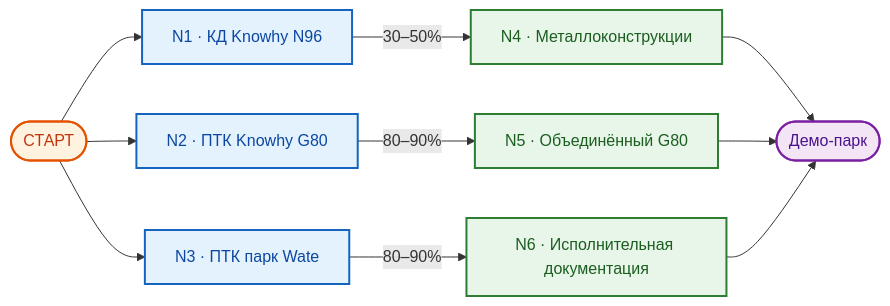
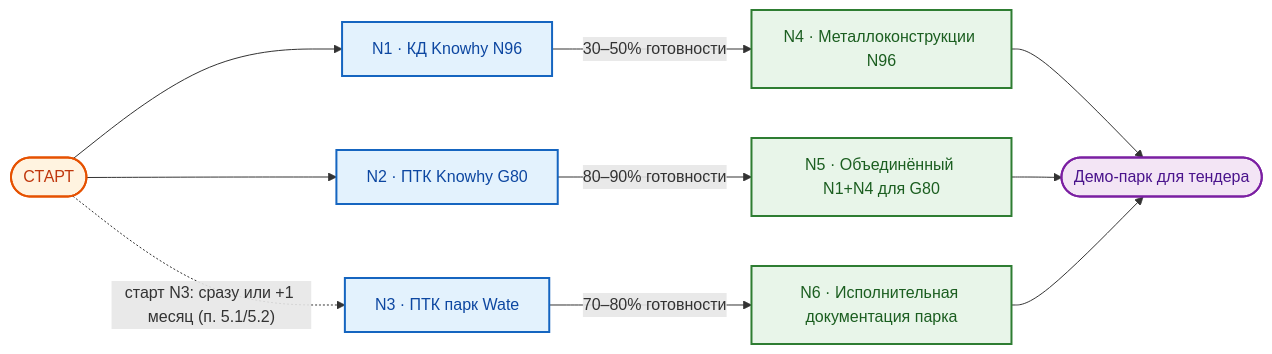
The third of 5 diagrams in 04__Договор/pre-contract-negotiations.md (Konkery/Project-8_2026-N0-HORIZON), drawn with Mermaid before and after one commit. The commit also changed other lines of this file and 5 other files, not shown here.

````diff
--- a/04__Договор/pre-contract-negotiations.md
+++ b/04__Договор/pre-contract-negotiations.md
@@ -372,17 +423,17 @@
 ```mermaid
 flowchart LR
     classDef storage fill:#E3F2FD,stroke:#1565C0,stroke-width:2px,color:#0D47A1;
     classDef engine  fill:#FFF3E0,stroke:#E65100,stroke-width:2px,color:#BF360C;
     classDef lib     fill:#E8F5E9,stroke:#2E7D32,stroke-width:2px,color:#1B5E20;
     classDef output  fill:#F3E5F5,stroke:#7B1FA2,stroke-width:2px,color:#4A148C;
 
     S([СТАРТ]):::engine --> N1[N1 · КД Knowhy N96]:::storage
     S --> N2[N2 · ПТК Knowhy G80]:::storage
-    S --> N3[N3 · ПТК парк Wate]:::storage
-    N1 -- 30–50% --> N4[N4 · Металлоконструкции]:::lib
-    N2 -- 80–90% --> N5[N5 · Объединённый G80]:::lib
-    N3 -- 80–90% --> N6[N6 · Исполнительная документация]:::lib
-    N4 --> DEMO([Демо-парк]):::output
+    S -. "старт N3: сразу или +1 месяц (п. 5.1/5.2)" .-> N3[N3 · ПТК парк Wate]:::storage
+    N1 -- 30–50% готовности --> N4[N4 · Металлоконструкции N96]:::lib
+    N2 -- 80–90% готовности --> N5[N5 · Объединённый N1+N4 для G80]:::lib
+    N3 -- 70–80% готовности --> N6[N6 · Исполнительная документация парка]:::lib
+    N4 --> DEMO([Демо-парк для тендера]):::output
     N5 --> DEMO
     N6 --> DEMO
 ```
````
